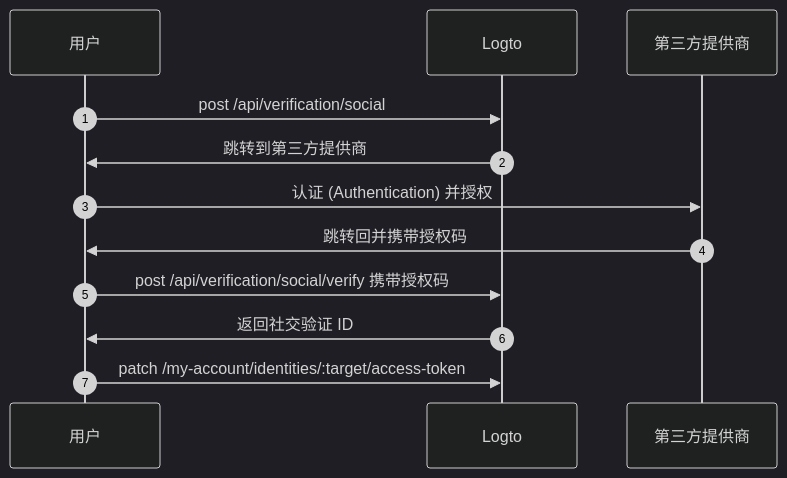
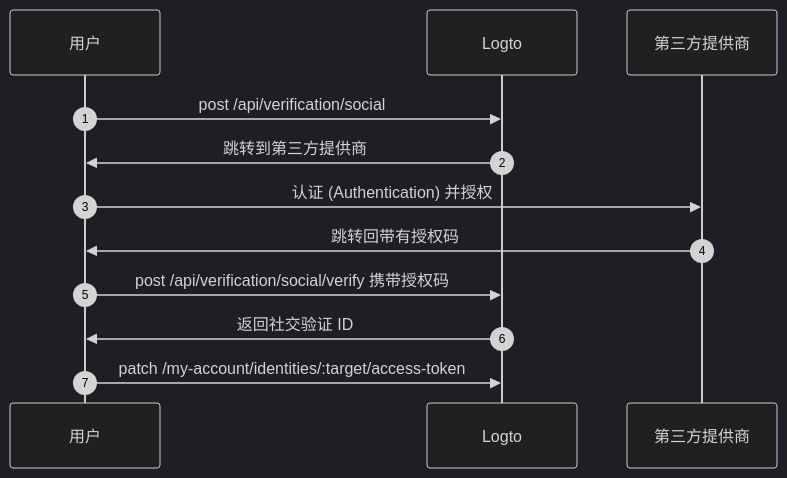
One commit to logto-io/docs changed the diagram in i18n/zh-CN/docusaurus-plugin-content-docs/current/secret-vault/federated-token-set.mdx. Above: the diagram before and after it, drawn with Mermaid (dark theme). The commit also changed other lines of this file and 200 other files, not shown here.

````diff
--- a/i18n/zh-CN/docusaurus-plugin-content-docs/current/secret-vault/federated-token-set.mdx
+++ b/i18n/zh-CN/docusaurus-plugin-content-docs/current/secret-vault/federated-token-set.mdx
@@ -146,16 +146,16 @@
 ```mermaid
 sequenceDiagram
     autonumber
 
     participant User as 用户
     participant Logto as Logto
     participant Provider as 第三方提供商
 
     User->>Logto: post /api/verification/social
     Logto->>User: 跳转到第三方提供商
     User->>Provider: 认证 (Authentication) 并授权
-    Provider->>User: 跳转回并携带授权码
+    Provider->>User: 跳转回带有授权码
     User->>Logto: post /api/verification/social/verify 携带授权码
     Logto->>User: 返回社交验证 ID
     User->>Logto: patch /my-account/identities/:target/access-token
 ```
````
